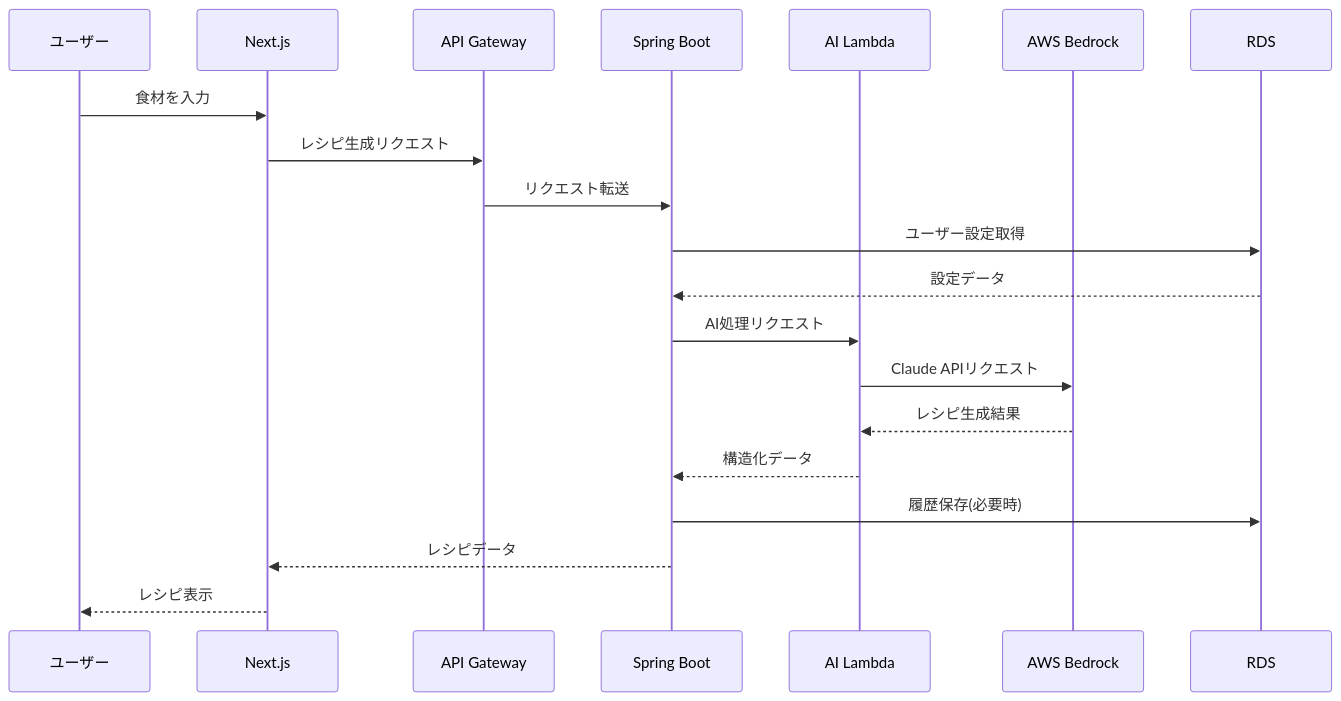
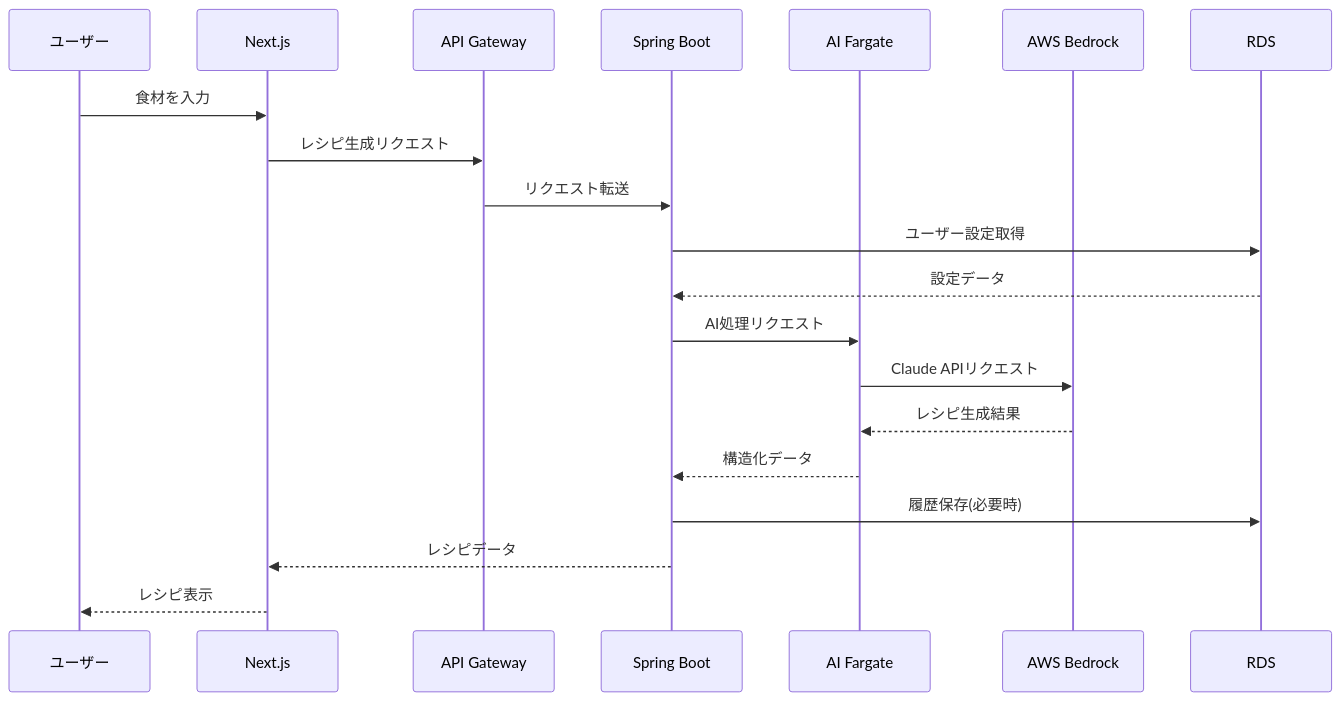
The second of 3 diagrams in docs/system-design.md (yoshi88wani/recipe-app), drawn with Mermaid before and after one commit. The commit also changed other lines of this file and 8 other files, not shown here.

````diff
--- a/docs/system-design.md
+++ b/docs/system-design.md
@@ -79,23 +79,23 @@
 ```mermaid
 sequenceDiagram
     participant User as ユーザー
     participant FE as Next.js
     participant API as API Gateway
     participant BE as Spring Boot
-    participant AI as AI Lambda
+    participant AI as AI Fargate
     participant Bedrock as AWS Bedrock
     participant DB as RDS
 
     User->>FE: 食材を入力
     FE->>API: レシピ生成リクエスト
     API->>BE: リクエスト転送
     BE->>DB: ユーザー設定取得
     DB-->>BE: 設定データ
     BE->>AI: AI処理リクエスト
     AI->>Bedrock: Claude APIリクエスト
     Bedrock-->>AI: レシピ生成結果
     AI-->>BE: 構造化データ
     BE->>DB: 履歴保存(必要時)
     BE-->>FE: レシピデータ
     FE-->>User: レシピ表示
 ```
````
